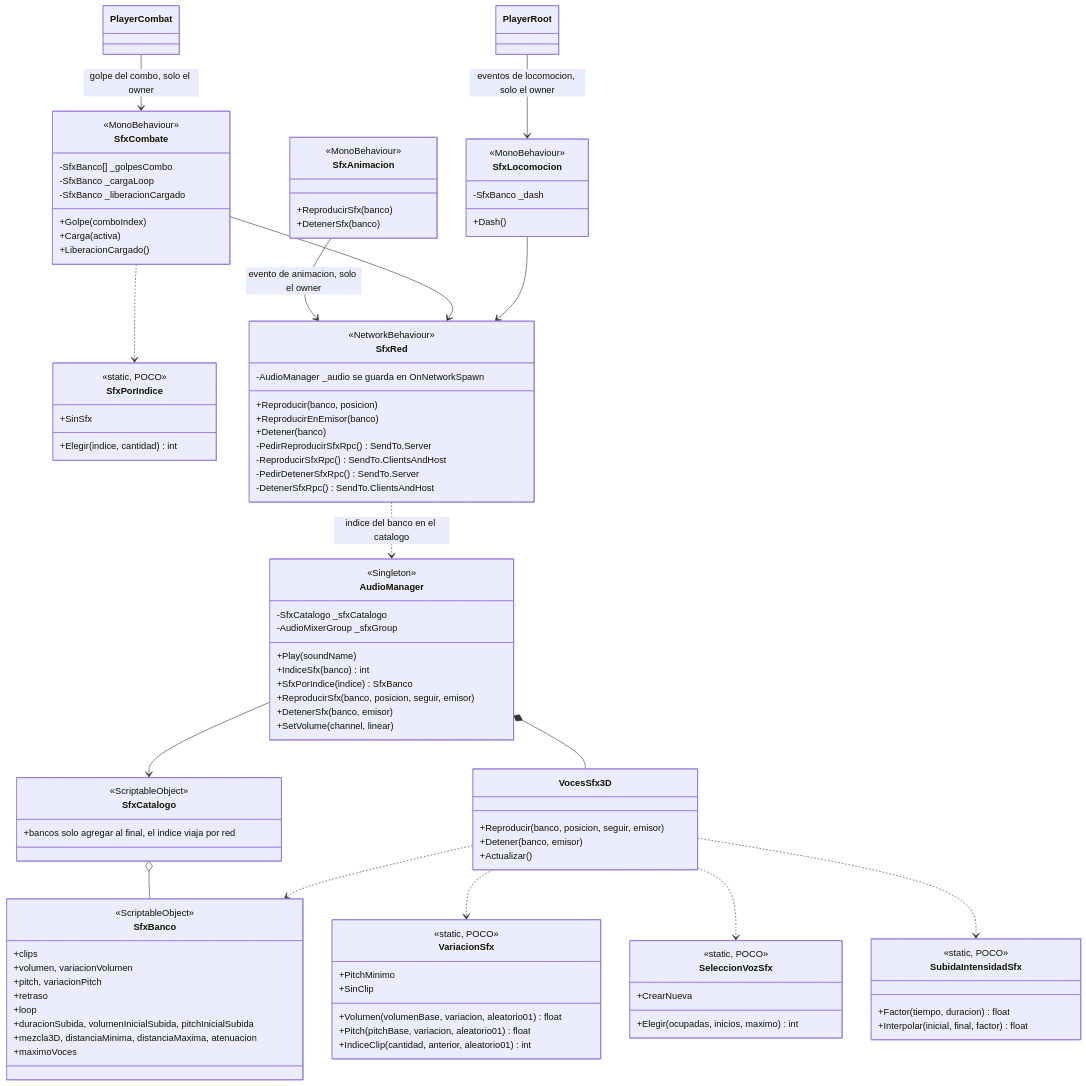
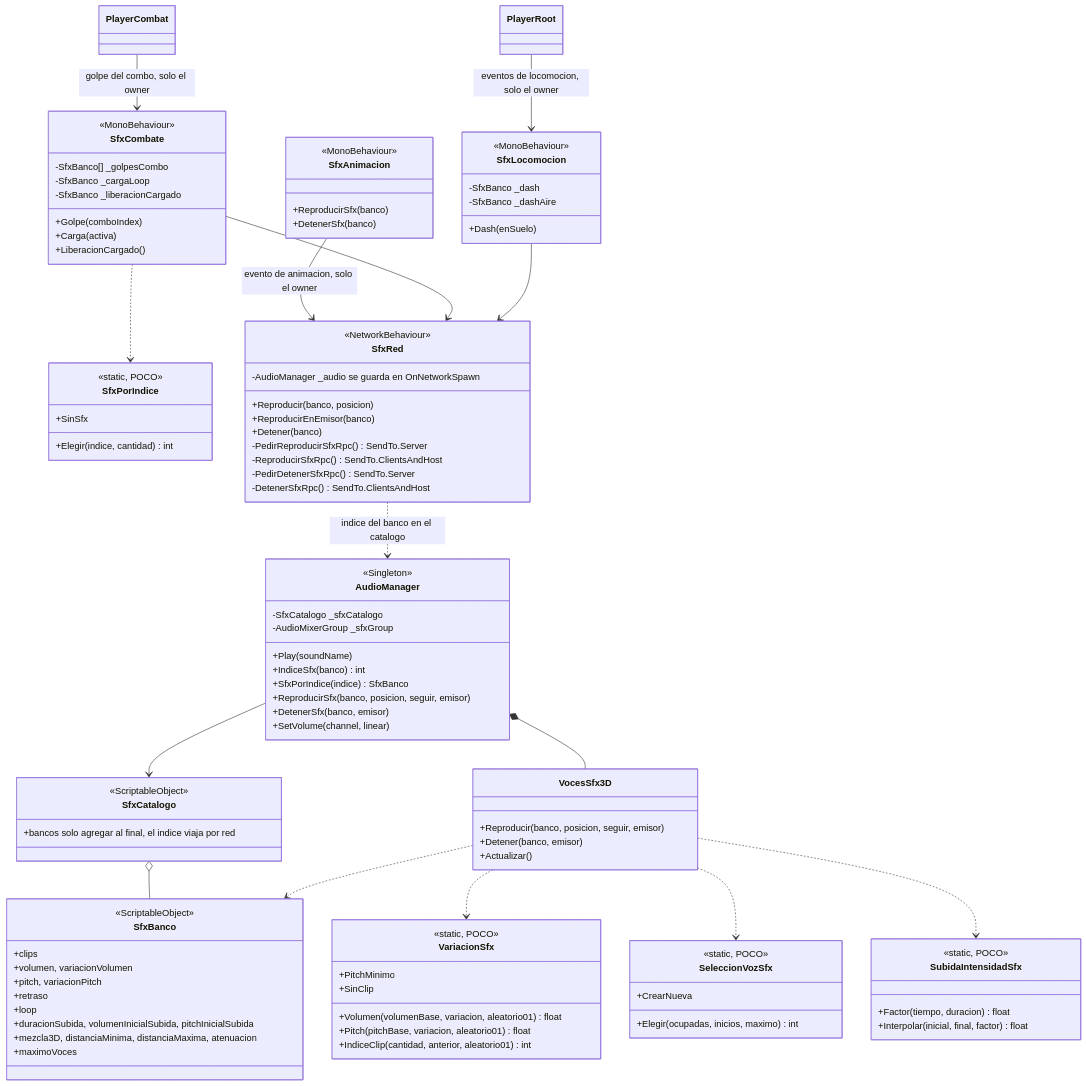
The diagram in docs/diagrams/audio.mermaid (VicBojoDev10/DeathOfMeaningRepo), drawn with Mermaid before and after one commit.

Commit message:
doc: add the air dash sound to the audio diagram

```diff
--- a/docs/diagrams/audio.mermaid
+++ b/docs/diagrams/audio.mermaid
@@ -1,111 +1,112 @@
 classDiagram
     class VariacionSfx {
         <<static, POCO>>
         +PitchMinimo
         +SinClip
         +Volumen(volumenBase, variacion, aleatorio01) float
         +Pitch(pitchBase, variacion, aleatorio01) float
         +IndiceClip(cantidad, anterior, aleatorio01) int
     }
 
     class SeleccionVozSfx {
         <<static, POCO>>
         +CrearNueva
         +Elegir(ocupadas, inicios, maximo) int
     }
 
     class SfxPorIndice {
         <<static, POCO>>
         +SinSfx
         +Elegir(indice, cantidad) int
     }
 
     class SfxCombate {
         <<MonoBehaviour>>
         -SfxBanco[] _golpesCombo
         -SfxBanco _cargaLoop
         -SfxBanco _liberacionCargado
         +Golpe(comboIndex)
         +Carga(activa)
         +LiberacionCargado()
     }
 
     class SfxLocomocion {
         <<MonoBehaviour>>
         -SfxBanco _dash
-        +Dash()
+        -SfxBanco _dashAire
+        +Dash(enSuelo)
     }
 
     class SubidaIntensidadSfx {
         <<static, POCO>>
         +Factor(tiempo, duracion) float
         +Interpolar(inicial, final, factor) float
     }
 
     class SfxBanco {
         <<ScriptableObject>>
         +clips
         +volumen, variacionVolumen
         +pitch, variacionPitch
         +retraso
         +loop
         +duracionSubida, volumenInicialSubida, pitchInicialSubida
         +mezcla3D, distanciaMinima, distanciaMaxima, atenuacion
         +maximoVoces
     }
 
     class SfxCatalogo {
         <<ScriptableObject>>
         +bancos solo agregar al final, el indice viaja por red
     }
 
     class AudioManager {
         <<Singleton>>
         -SfxCatalogo _sfxCatalogo
         -AudioMixerGroup _sfxGroup
         +Play(soundName)
         +IndiceSfx(banco) int
         +SfxPorIndice(indice) SfxBanco
         +ReproducirSfx(banco, posicion, seguir, emisor)
         +DetenerSfx(banco, emisor)
         +SetVolume(channel, linear)
     }
 
     class VocesSfx3D {
         +Reproducir(banco, posicion, seguir, emisor)
         +Detener(banco, emisor)
         +Actualizar()
     }
 
     class SfxRed {
         <<NetworkBehaviour>>
         -AudioManager _audio se guarda en OnNetworkSpawn
         +Reproducir(banco, posicion)
         +ReproducirEnEmisor(banco)
         +Detener(banco)
         -PedirReproducirSfxRpc() SendTo.Server
         -ReproducirSfxRpc() SendTo.ClientsAndHost
         -PedirDetenerSfxRpc() SendTo.Server
         -DetenerSfxRpc() SendTo.ClientsAndHost
     }
 
     class SfxAnimacion {
         <<MonoBehaviour>>
         +ReproducirSfx(banco)
         +DetenerSfx(banco)
     }
 
     SfxCatalogo o-- SfxBanco
     AudioManager --> SfxCatalogo
     AudioManager *-- VocesSfx3D
     VocesSfx3D ..> VariacionSfx
     VocesSfx3D ..> SeleccionVozSfx
     VocesSfx3D ..> SfxBanco
     SfxRed ..> AudioManager : indice del banco en el catalogo
     SfxAnimacion --> SfxRed : evento de animacion, solo el owner
     PlayerCombat --> SfxCombate : golpe del combo, solo el owner
     SfxCombate ..> SfxPorIndice
     SfxCombate --> SfxRed
     VocesSfx3D ..> SubidaIntensidadSfx
     PlayerRoot --> SfxLocomocion : eventos de locomocion, solo el owner
     SfxLocomocion --> SfxRed
```
